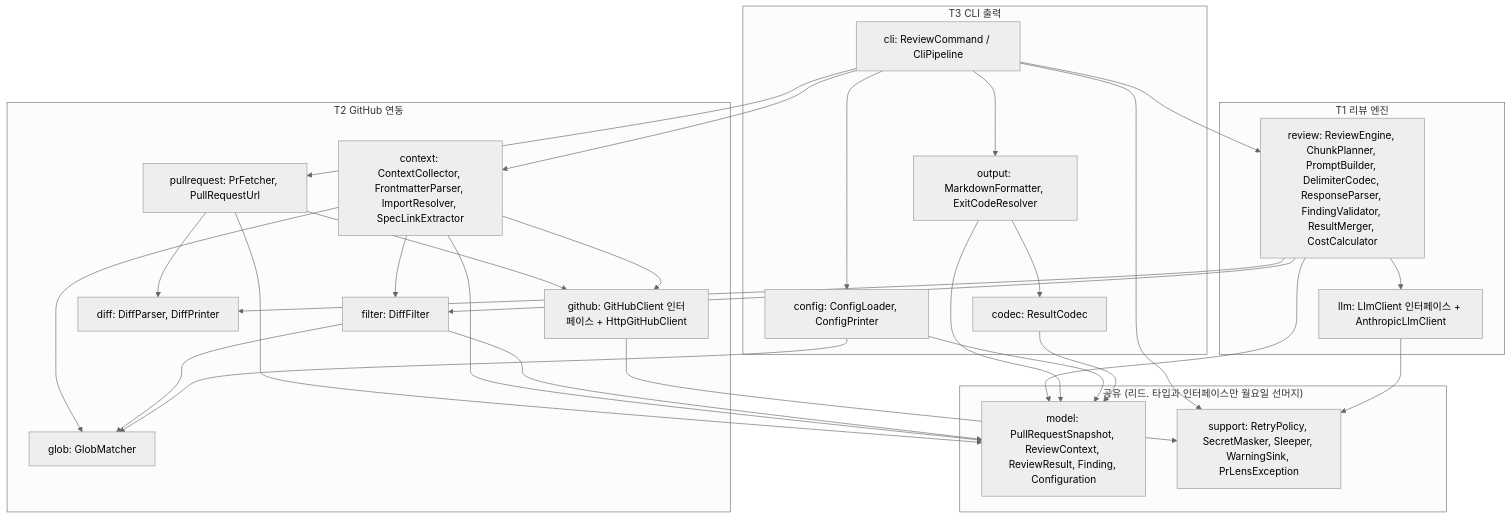
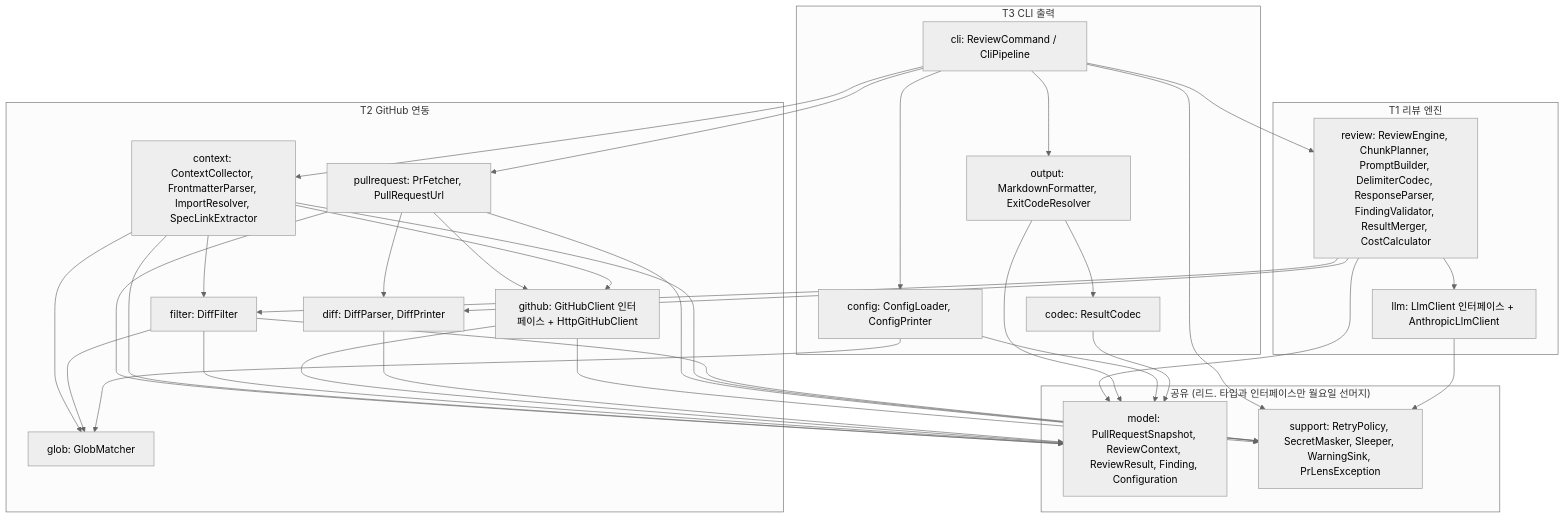
Before and after one commit to jjangyeesoo/claude-team-pr-lens: the first of 2 diagrams in docs/specs/pr-lens-p1-cli/design.md, drawn with Mermaid (neutral theme). The commit also changed other lines of this file and 40 other files, not shown here.

````diff
--- a/docs/specs/pr-lens-p1-cli/design.md
+++ b/docs/specs/pr-lens-p1-cli/design.md
@@ -35,37 +35,38 @@
 ```mermaid
 flowchart TB
   subgraph T3["T3 CLI 출력"]
     CLI[cli: ReviewCommand / CliPipeline]
     OUT[output: MarkdownFormatter, ExitCodeResolver]
     CFG[config: ConfigLoader, ConfigPrinter]
     CODEC[codec: ResultCodec]
   end
   subgraph T2["T2 GitHub 연동"]
     PRF[pullrequest: PrFetcher, PullRequestUrl]
     CTX[context: ContextCollector, FrontmatterParser, ImportResolver, SpecLinkExtractor]
     FIL[filter: DiffFilter]
     GLOB[glob: GlobMatcher]
     DIFF[diff: DiffParser, DiffPrinter]
     GH[github: GitHubClient 인터페이스 + HttpGitHubClient]
   end
   subgraph T1["T1 리뷰 엔진"]
     ENG[review: ReviewEngine, ChunkPlanner, PromptBuilder, DelimiterCodec, ResponseParser, FindingValidator, ResultMerger, CostCalculator]
     LLM[llm: LlmClient 인터페이스 + AnthropicLlmClient]
   end
   subgraph SHARED["공유 (리드. 타입과 인터페이스만 월요일 선머지)"]
     MODEL[model: PullRequestSnapshot, ReviewContext, ReviewResult, Finding, Configuration]
     SUP[support: RetryPolicy, SecretMasker, Sleeper, WarningSink, PrLensException]
   end
 
   CLI --> PRF & CTX & ENG & OUT & CFG
   OUT --> CODEC
   PRF --> GH & DIFF
   CTX --> GH & GLOB & FIL
   FIL --> GLOB
   ENG --> LLM & FIL & DIFF
   CFG --> GLOB
   CLI --> SUP
   GH --> SUP
   LLM --> SUP
-  PRF & CTX & ENG & OUT & CFG & CODEC & FIL --> MODEL
+  PRF & CTX & FIL --> SUP
+  PRF & CTX & ENG & OUT & CFG & CODEC & FIL & GH & DIFF --> MODEL
 ```
````
